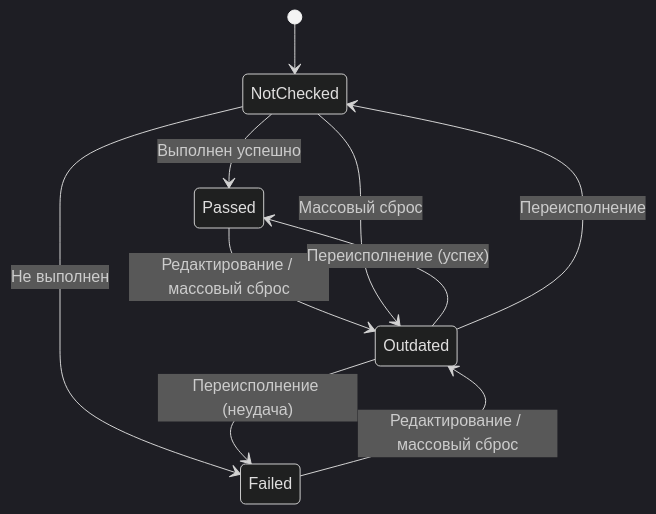
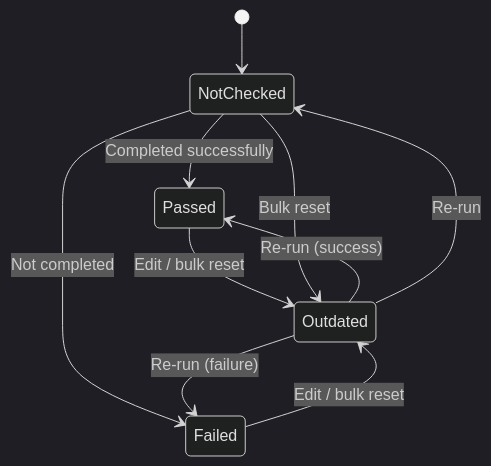
The third of 6 diagrams in spec-flow.md (NiplusM/SDD), drawn with Mermaid (dark theme) before and after one commit. The commit also changed other lines of this file, not shown here.

First line of the commit message:
spec-flow: rewrite state names, transitions, and content in English

````diff
--- a/spec-flow.md
+++ b/spec-flow.md
@@ -199,15 +165,15 @@
 ```mermaid
 stateDiagram-v2
     [*] --> NotChecked
 
-    NotChecked --> Passed: Выполнен успешно
-    NotChecked --> Failed: Не выполнен
+    NotChecked --> Passed: Completed successfully
+    NotChecked --> Failed: Not completed
 
-    Passed --> Outdated: Редактирование / массовый сброс
-    Failed --> Outdated: Редактирование / массовый сброс
-    NotChecked --> Outdated: Массовый сброс
+    Passed --> Outdated: Edit / bulk reset
+    Failed --> Outdated: Edit / bulk reset
+    NotChecked --> Outdated: Bulk reset
 
-    Outdated --> Passed: Переисполнение (успех)
-    Outdated --> Failed: Переисполнение (неудача)
-    Outdated --> NotChecked: Переисполнение
+    Outdated --> Passed: Re-run (success)
+    Outdated --> Failed: Re-run (failure)
+    Outdated --> NotChecked: Re-run
 ```
````
